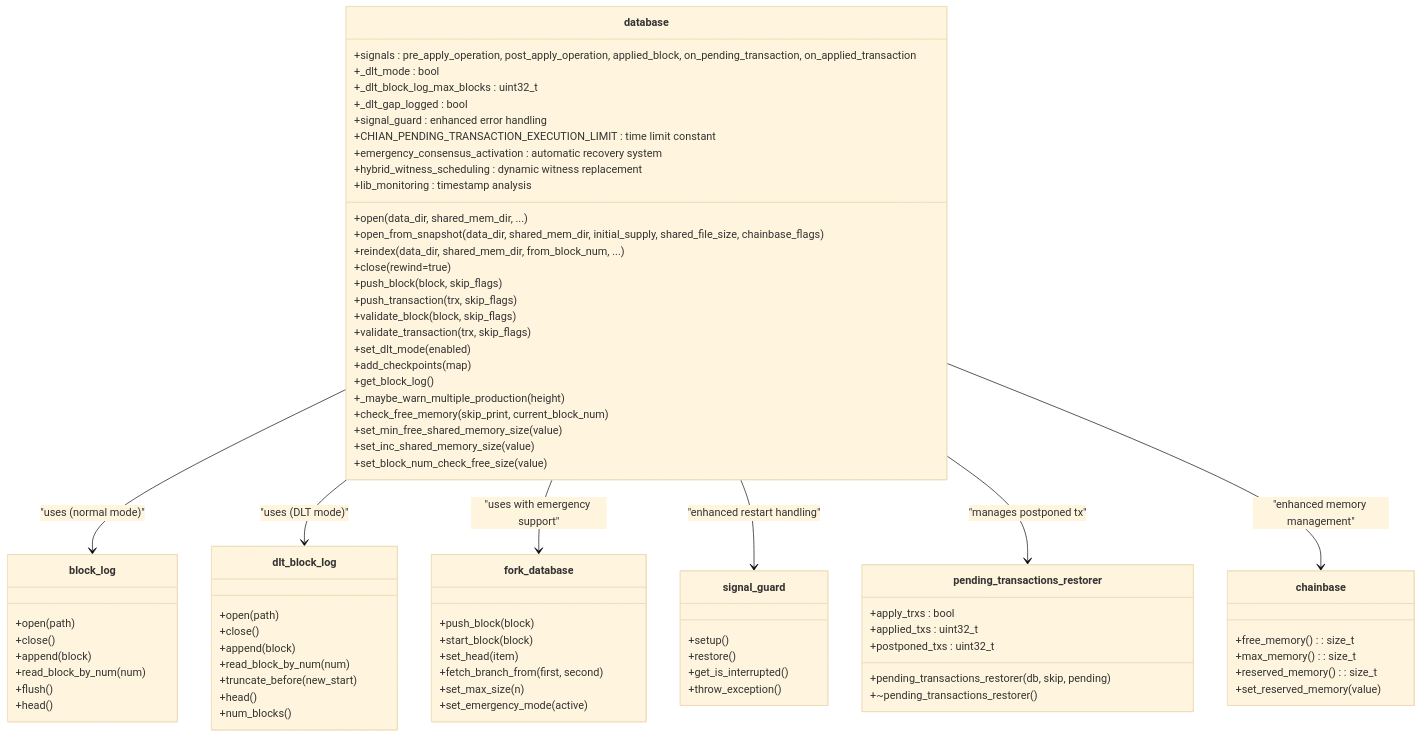
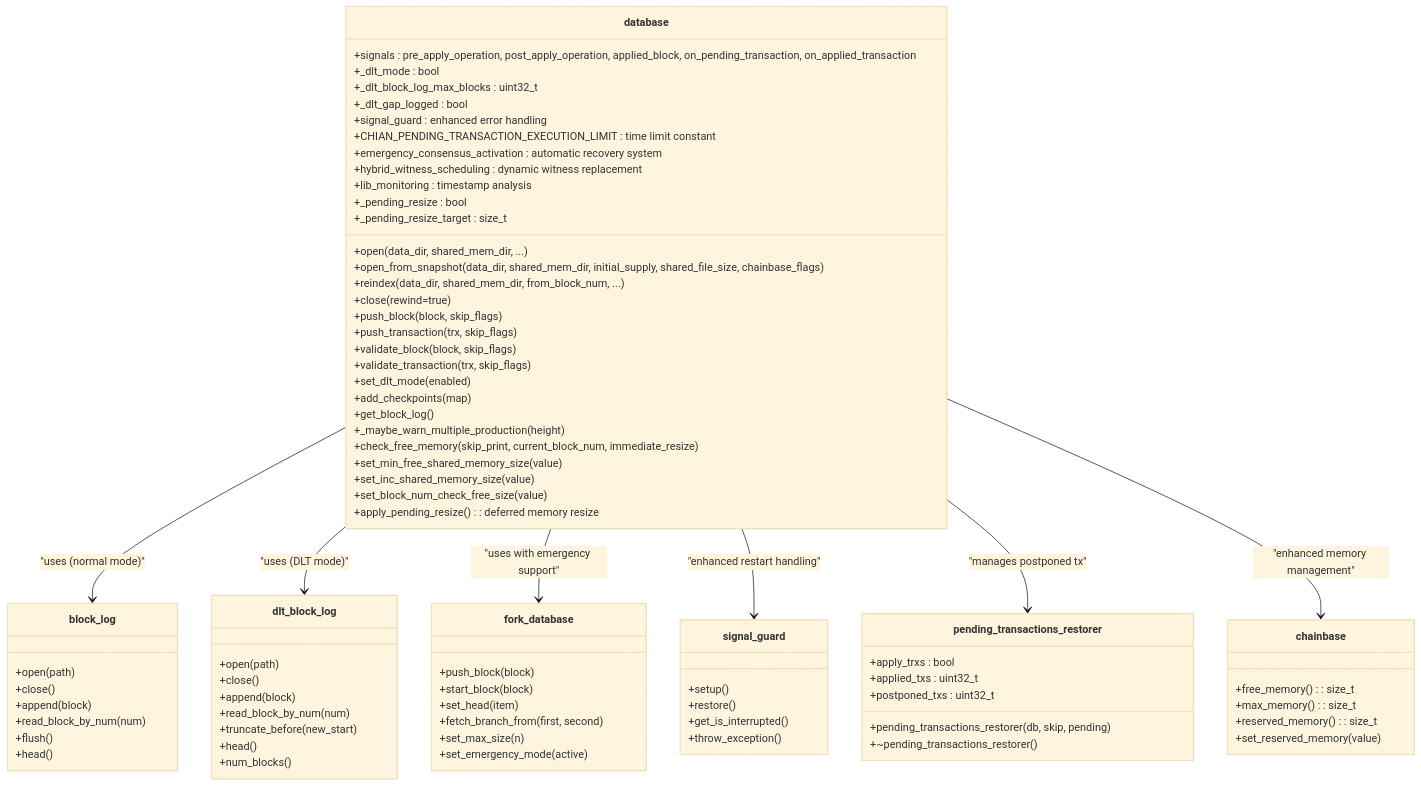
Before and after one commit to VIZ-Blockchain/viz-cpp-node: the second of 22 diagrams in .qoder/repowiki/en/content/Architecture Overview/Core Libraries/Chain Library/Database Management/Database Management.md, drawn with Mermaid (base theme). The commit also changed other lines of this file and 6 other files, not shown here.

First line of the commit message:
feat(database): implement deferred shared memory resize with thread safety

```diff
--- a/.qoder/repowiki/en/content/Architecture Overview/Core Libraries/Chain Library/Database Management/Database Management.md
+++ b/.qoder/repowiki/en/content/Architecture Overview/Core Libraries/Chain Library/Database Management/Database Management.md
@@ -201,10 +201,13 @@
 +emergency_consensus_activation : automatic recovery system
 +hybrid_witness_scheduling : dynamic witness replacement
 +lib_monitoring : timestamp analysis
-+check_free_memory(skip_print, current_block_num)
++check_free_memory(skip_print, current_block_num, immediate_resize)
 +set_min_free_shared_memory_size(value)
 +set_inc_shared_memory_size(value)
 +set_block_num_check_free_size(value)
++apply_pending_resize() : deferred memory resize
++_pending_resize : bool
++_pending_resize_target : size_t
 }
 class block_log {
 +open(path)
```
